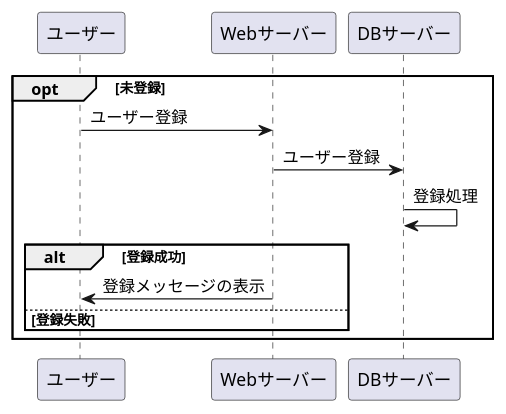
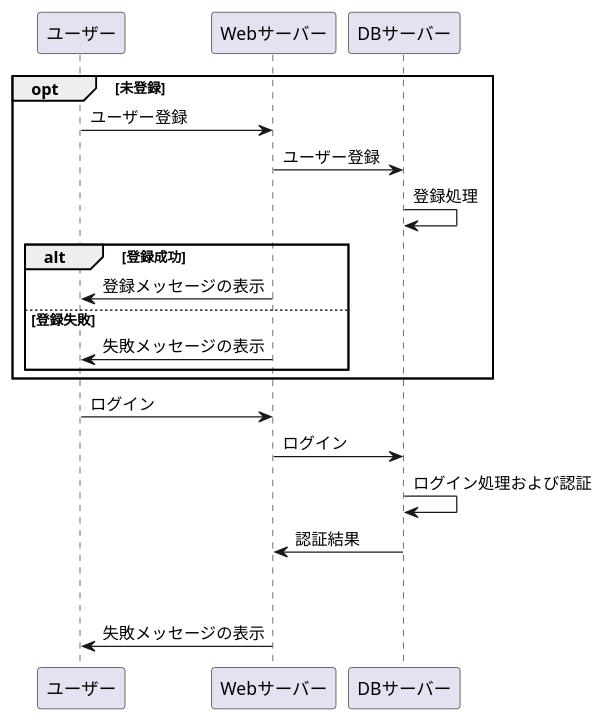
Before and after one commit to Aso2001374/2021sys-design: the diagram in 0511kadai.md, drawn with PlantUML.

````diff
--- a/0511kadai.md
+++ b/0511kadai.md
@@ -1,18 +1,27 @@
 ```uml
 @startuml
 
 opt 未登録
 
 ユーザー -> Webサーバー:ユーザー登録
 Webサーバー -> DBサーバー:ユーザー登録
 DBサーバー -> DBサーバー:登録処理
 
   alt 登録成功
     Webサーバー ->ユーザー:登録メッセージの表示
   else 登録失敗
+    Webサーバー ->ユーザー:失敗メッセージの表示
   end
   
 end
 
+ユーザー -> Webサーバー:ログイン
+Webサーバー -> DBサーバー:ログイン
+DBサーバー -> DBサーバー:ログイン処理および認証
+DBサーバー -> Webサーバー:認証結果
+
+alt 認証成功
+  else 認証失敗
+    Webサーバー ->ユーザー:失敗メッセージの表示
 @enduml
 ```
````
